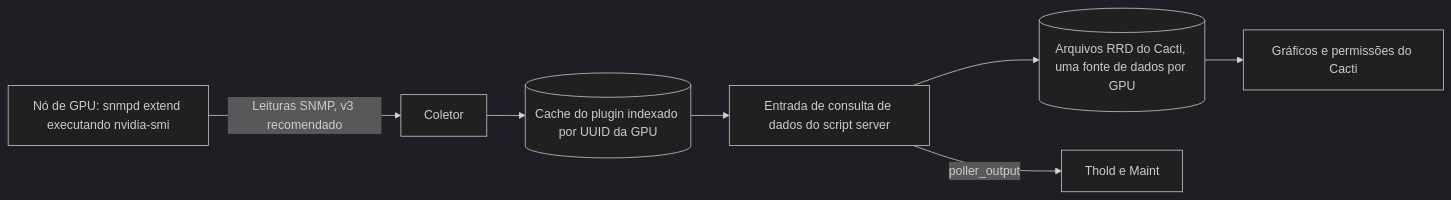
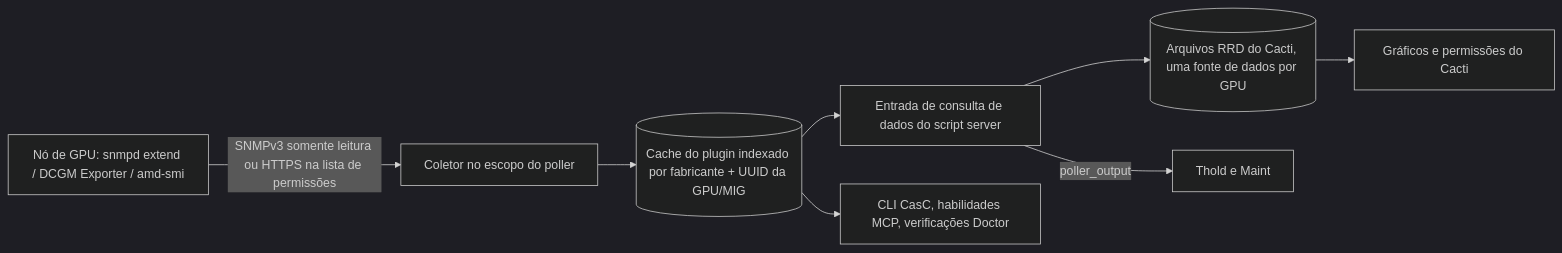
One commit to somethingwithproof/plugin_gpu changed the diagram in docs/i18n/pt-BR/README.md. Above: the diagram before and after it, drawn with Mermaid (dark theme). The commit also changed other lines of this file and 47 other files, not shown here.

````diff
--- a/docs/i18n/pt-BR/README.md
+++ b/docs/i18n/pt-BR/README.md
@@ -114,9 +114,10 @@
 ```mermaid
 flowchart LR
-    NODE[Nó de GPU: snmpd extend executando nvidia-smi] -->|Leituras SNMP, v3 recomendado| C[Coletor]
-    C --> CACHE[(Cache do plugin indexado por UUID da GPU)]
+    NODE["Nó de GPU: snmpd extend / DCGM Exporter / amd-smi"] -->|SNMPv3 somente leitura ou HTTPS na lista de permissões| C[Coletor no escopo do poller]
+    C --> CACHE[(Cache do plugin indexado por fabricante + UUID da GPU/MIG)]
     CACHE --> SS[Entrada de consulta de dados do script server]
+    CACHE --> ECO[CLI CasC, habilidades MCP, verificações Doctor]
     SS --> RRD[(Arquivos RRD do Cacti, uma fonte de dados por GPU)]
     SS -->|poller_output| T[Thold e Maint]
     RRD --> G[Gráficos e permissões do Cacti]
 ```
````
